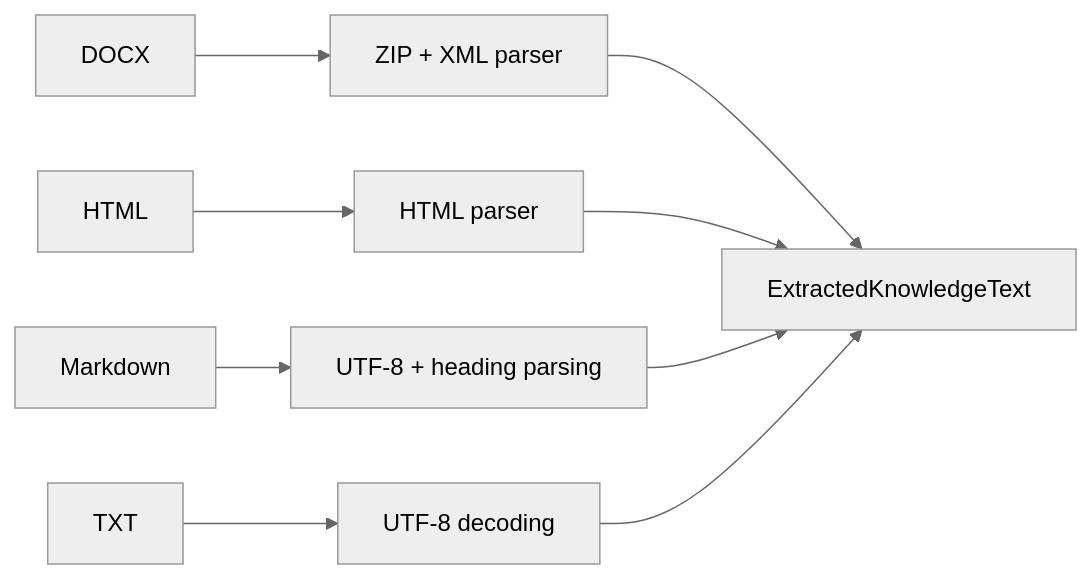
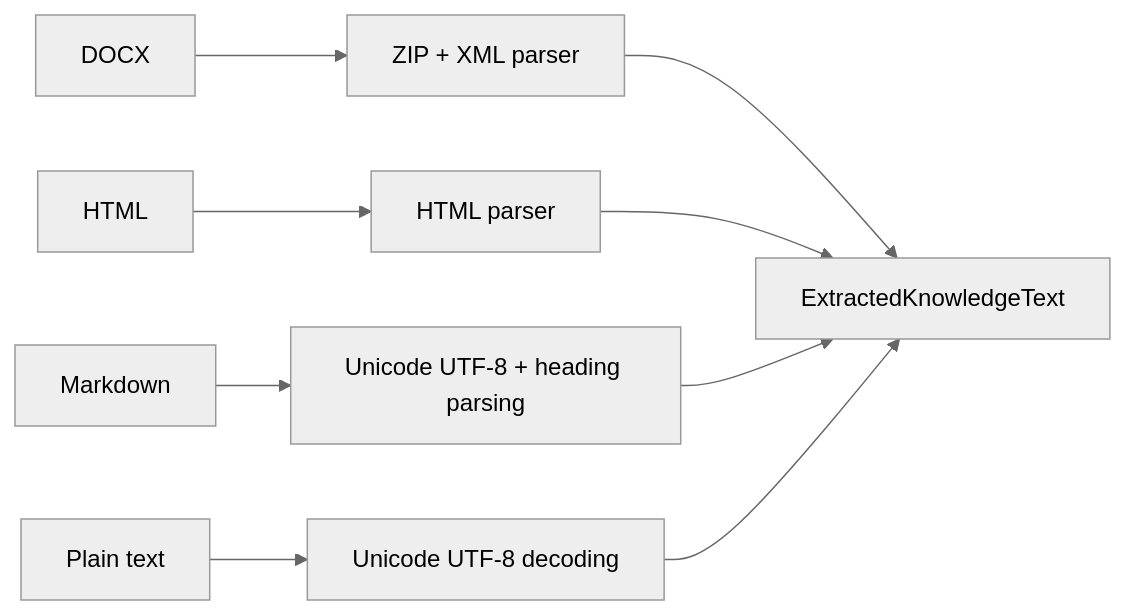
The third of 17 diagrams in docs/learning/ENTERPRISE_KNOWLEDGE_SYSTEMS_INTERVIEW_GUIDE.md (kumarchandansingh/tropos), drawn with Mermaid (neutral theme) before and after one commit. The commit also changed other lines of this file and 6 other files, not shown here.

First line of the commit message:
docs: fix Mermaid concurrency diagram and expand technical shorthand

````diff
--- a/docs/learning/ENTERPRISE_KNOWLEDGE_SYSTEMS_INTERVIEW_GUIDE.md
+++ b/docs/learning/ENTERPRISE_KNOWLEDGE_SYSTEMS_INTERVIEW_GUIDE.md
@@ -133,11 +135,11 @@
 ```mermaid
 flowchart LR
     D[DOCX] --> DP[ZIP + XML parser]
     H[HTML] --> HP[HTML parser]
-    M[Markdown] --> MP[UTF-8 + heading parsing]
-    T[TXT] --> TP[UTF-8 decoding]
+    M[Markdown] --> MP[Unicode UTF-8 + heading parsing]
+    T[Plain text] --> TP[Unicode UTF-8 decoding]
     DP --> X[ExtractedKnowledgeText]
     HP --> X
     MP --> X
     TP --> X
 ```
````
